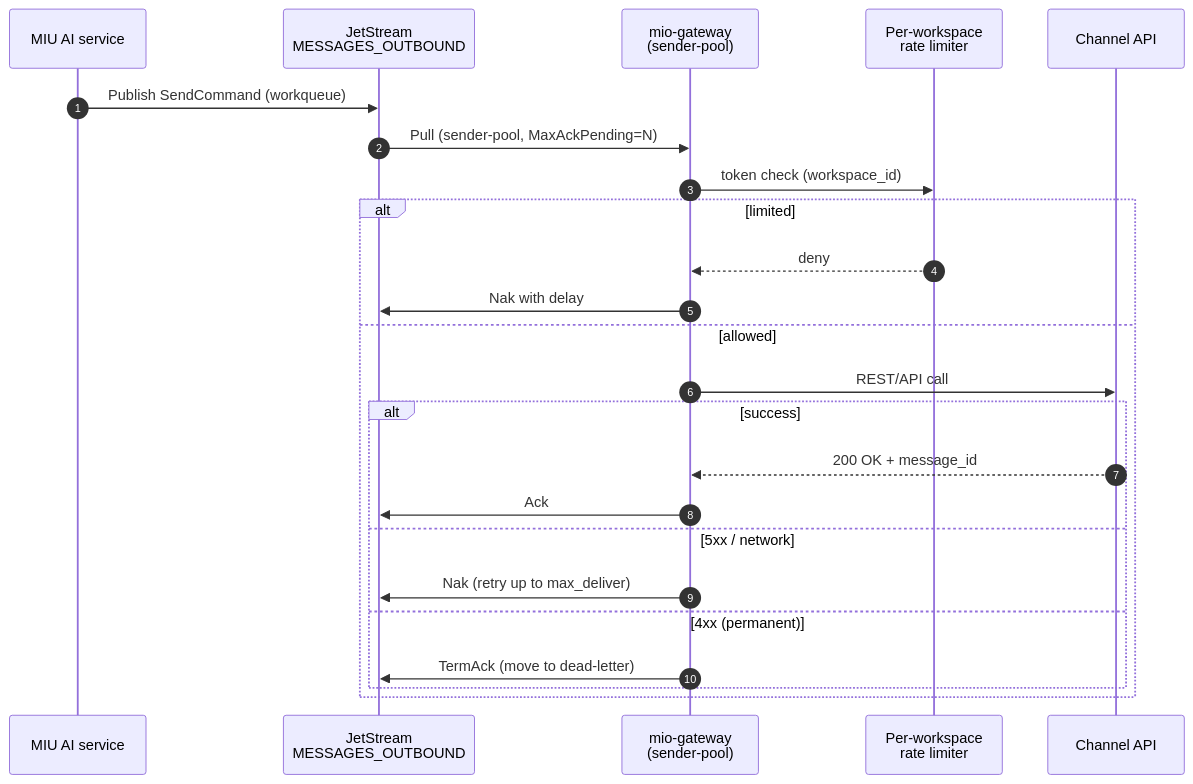
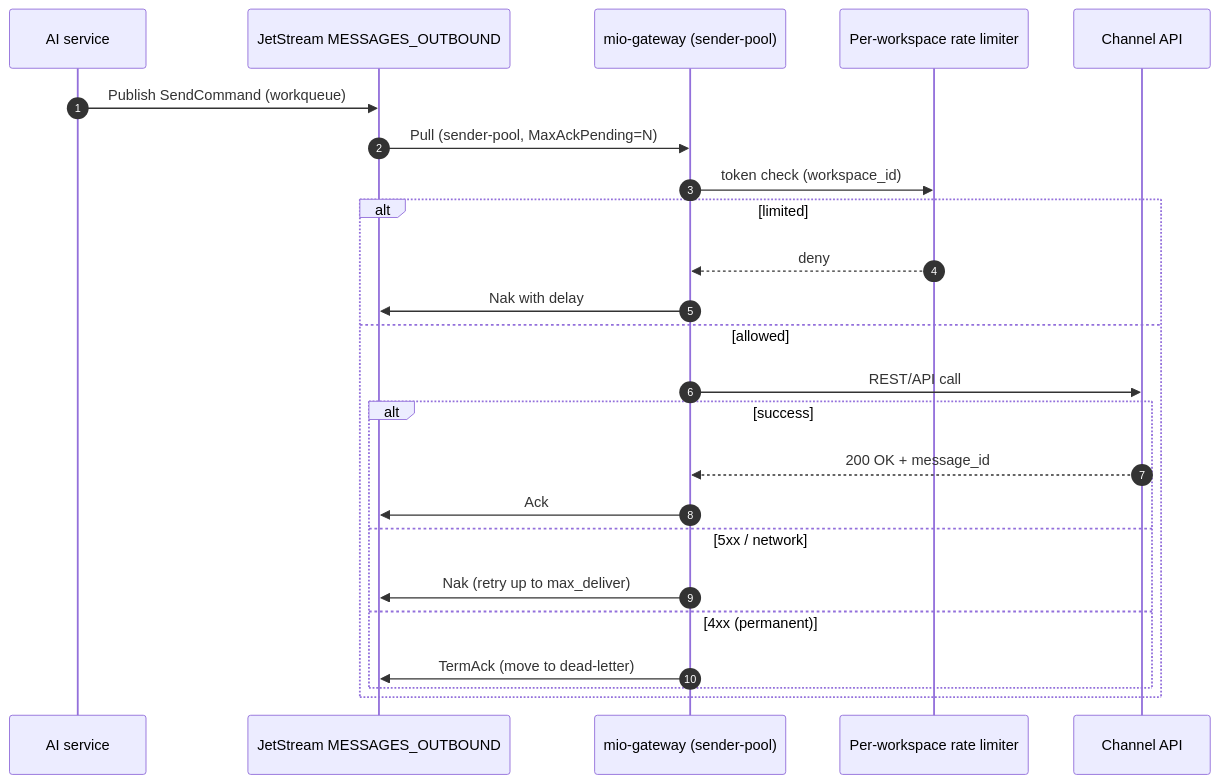
The third of 5 diagrams in docs/system-architecture.md (CrashChat-ai/mio), drawn with Mermaid before and after one commit. The commit also changed other lines of this file, not shown here.

First line of the commit message:
docs(architecture): fix mermaid sequence diagrams render on GitHub

````diff
--- a/docs/system-architecture.md
+++ b/docs/system-architecture.md
@@ -155,27 +155,27 @@
 ```mermaid
 sequenceDiagram
   autonumber
-  participant AI as MIU AI service
-  participant JS as JetStream<br/>MESSAGES_OUTBOUND
-  participant GW as mio-gateway<br/>(sender-pool)
-  participant RL as Per-workspace<br/>rate limiter
+  participant AI as AI service
+  participant JS as JetStream MESSAGES_OUTBOUND
+  participant GW as mio-gateway (sender-pool)
+  participant RL as Per-workspace rate limiter
   participant Ch as Channel API
 
   AI->>JS: Publish SendCommand (workqueue)
   JS->>GW: Pull (sender-pool, MaxAckPending=N)
   GW->>RL: token check (workspace_id)
   alt limited
     RL-->>GW: deny
     GW->>JS: Nak with delay
   else allowed
     GW->>Ch: REST/API call
     alt success
       Ch-->>GW: 200 OK + message_id
       GW->>JS: Ack
     else 5xx / network
       GW->>JS: Nak (retry up to max_deliver)
     else 4xx (permanent)
       GW->>JS: TermAck (move to dead-letter)
     end
   end
 ```
````
